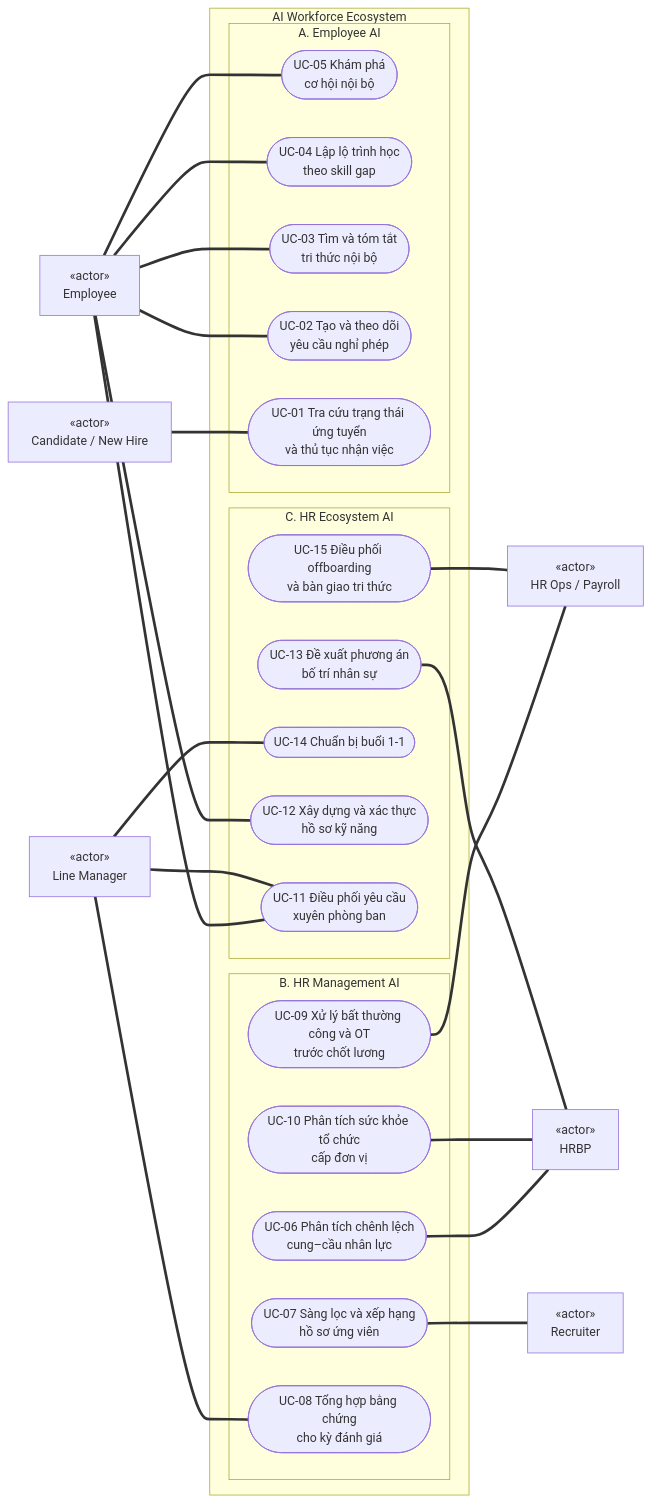
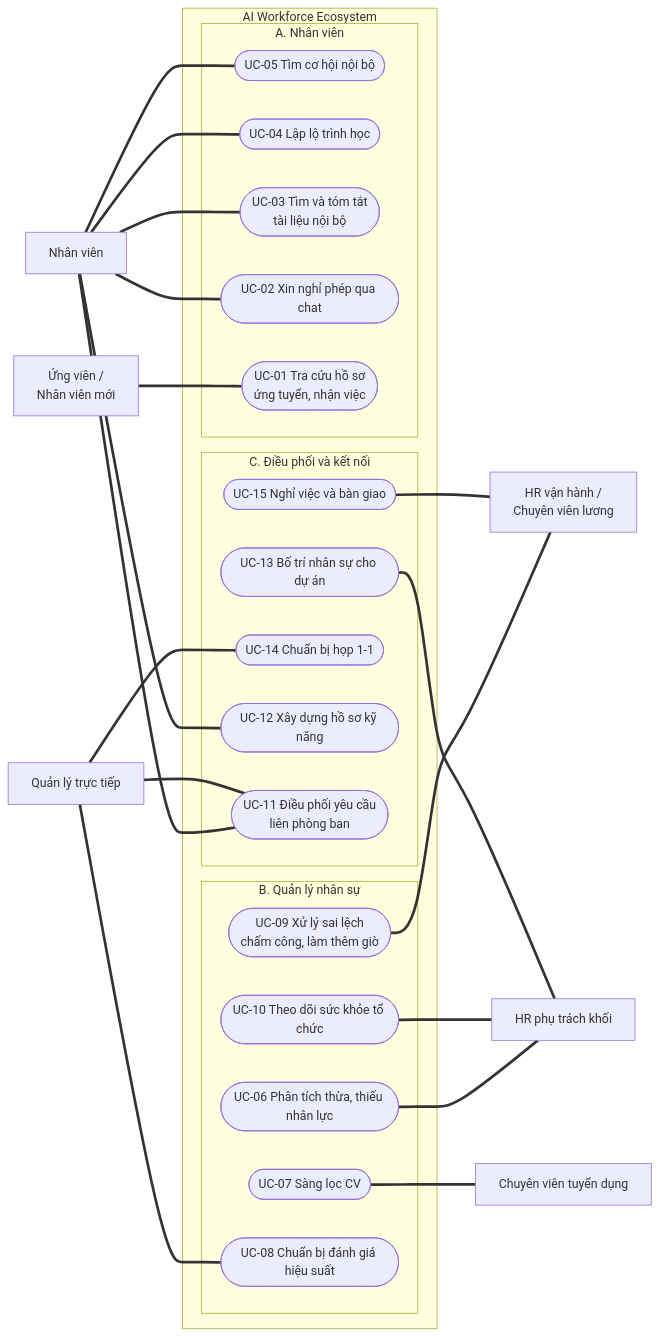
Before and after one commit to pbaodev/hrm-fuji: the diagram in docs/README.md, drawn with Mermaid. The commit also changed other lines of this file and 11 other files, not shown here.

````diff
--- a/docs/README.md
+++ b/docs/README.md
@@ -44,52 +46,52 @@
 ```mermaid
 flowchart LR
-    LM["«actor»<br/>Line Manager"]
-    EMP["«actor»<br/>Employee"]
-    CAND["«actor»<br/>Candidate / New Hire"]
+    LM["Quản lý trực tiếp"]
+    EMP["Nhân viên"]
+    CAND["Ứng viên /<br/>Nhân viên mới"]
 
     subgraph SYS["AI Workforce Ecosystem"]
-        subgraph GC["C. HR Ecosystem AI"]
-            UC15(["UC-15 Điều phối offboarding<br/>và bàn giao tri thức"])
-            UC13(["UC-13 Đề xuất phương án<br/>bố trí nhân sự"])
-            UC14(["UC-14 Chuẩn bị buổi 1-1"])
-            UC12(["UC-12 Xây dựng và xác thực<br/>hồ sơ kỹ năng"])
-            UC11(["UC-11 Điều phối yêu cầu<br/>xuyên phòng ban"])
+        subgraph GC["C. Điều phối và kết nối"]
+            UC15(["UC-15 Nghỉ việc và bàn giao"])
+            UC13(["UC-13 Bố trí nhân sự cho dự án"])
+            UC14(["UC-14 Chuẩn bị họp 1-1"])
+            UC12(["UC-12 Xây dựng hồ sơ kỹ năng"])
+            UC11(["UC-11 Điều phối yêu cầu<br/>liên phòng ban"])
         end
-        subgraph GB["B. HR Management AI"]
-            UC09(["UC-09 Xử lý bất thường công và OT<br/>trước chốt lương"])
-            UC10(["UC-10 Phân tích sức khỏe tổ chức<br/>cấp đơn vị"])
-            UC06(["UC-06 Phân tích chênh lệch<br/>cung–cầu nhân lực"])
-            UC07(["UC-07 Sàng lọc và xếp hạng<br/>hồ sơ ứng viên"])
-            UC08(["UC-08 Tổng hợp bằng chứng<br/>cho kỳ đánh giá"])
+        subgraph GB["B. Quản lý nhân sự"]
+            UC09(["UC-09 Xử lý sai lệch<br/>chấm công, làm thêm giờ"])
+            UC10(["UC-10 Theo dõi sức khỏe tổ chức"])
+            UC06(["UC-06 Phân tích thừa, thiếu nhân lực"])
+            UC07(["UC-07 Sàng lọc CV"])
+            UC08(["UC-08 Chuẩn bị đánh giá hiệu suất"])
         end
-        subgraph GA["A. Employee AI"]
-            UC05(["UC-05 Khám phá<br/>cơ hội nội bộ"])
-            UC04(["UC-04 Lập lộ trình học<br/>theo skill gap"])
-            UC03(["UC-03 Tìm và tóm tắt<br/>tri thức nội bộ"])
-            UC02(["UC-02 Tạo và theo dõi<br/>yêu cầu nghỉ phép"])
-            UC01(["UC-01 Tra cứu trạng thái ứng tuyển<br/>và thủ tục nhận việc"])
+        subgraph GA["A. Nhân viên"]
+            UC05(["UC-05 Tìm cơ hội nội bộ"])
+            UC04(["UC-04 Lập lộ trình học"])
+            UC03(["UC-03 Tìm và tóm tắt<br/>tài liệu nội bộ"])
+            UC02(["UC-02 Xin nghỉ phép qua chat"])
+            UC01(["UC-01 Tra cứu hồ sơ<br/>ứng tuyển, nhận việc"])
         end
     end
 
-    OPS["«actor»<br/>HR Ops / Payroll"]
-    HRBP["«actor»<br/>HRBP"]
-    REC["«actor»<br/>Recruiter"]
+    OPS["HR vận hành /<br/>Chuyên viên lương"]
+    HRBP["HR phụ trách khối"]
+    REC["Chuyên viên tuyển dụng"]
 
     LM === UC14
     LM === UC11
     LM === UC08
     EMP === UC12
     EMP === UC11
     EMP === UC05
     EMP === UC04
     EMP === UC03
     EMP === UC02
     CAND === UC01
 
     UC15 === OPS
     UC09 === OPS
     UC13 === HRBP
     UC10 === HRBP
     UC06 === HRBP
     UC07 === REC
 ```
````
